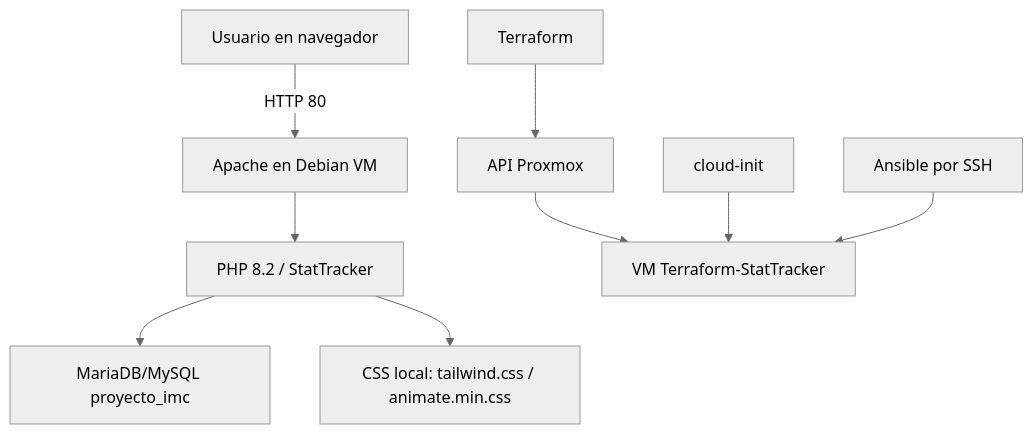
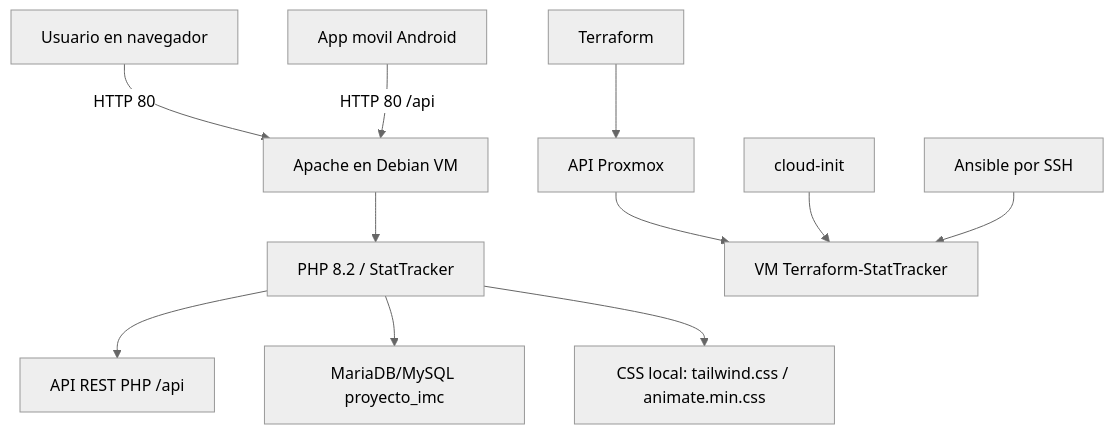
The diagram in docs/02-arquitectura.md (AlvaroPavon/StatTacker_Terraform), drawn with Mermaid (neutral theme) before and after one commit. The commit also changed other lines of this file and 9 other files, not shown here.

````diff
--- a/docs/02-arquitectura.md
+++ b/docs/02-arquitectura.md
@@ -5,11 +5,13 @@
 ```mermaid
 flowchart TD
     U["Usuario en navegador"] -->|HTTP 80| A["Apache en Debian VM"]
+    M["App movil Android"] -->|HTTP 80 /api| A
     A --> P["PHP 8.2 / StatTracker"]
+    P --> API["API REST PHP /api"]
     P --> D["MariaDB/MySQL proyecto_imc"]
     P --> C["CSS local: tailwind.css / animate.min.css"]
     T["Terraform"] --> X["API Proxmox"]
     X --> V["VM Terraform-StatTracker"]
     CI["cloud-init"] --> V
     AN["Ansible por SSH"] --> V
 ```
````
